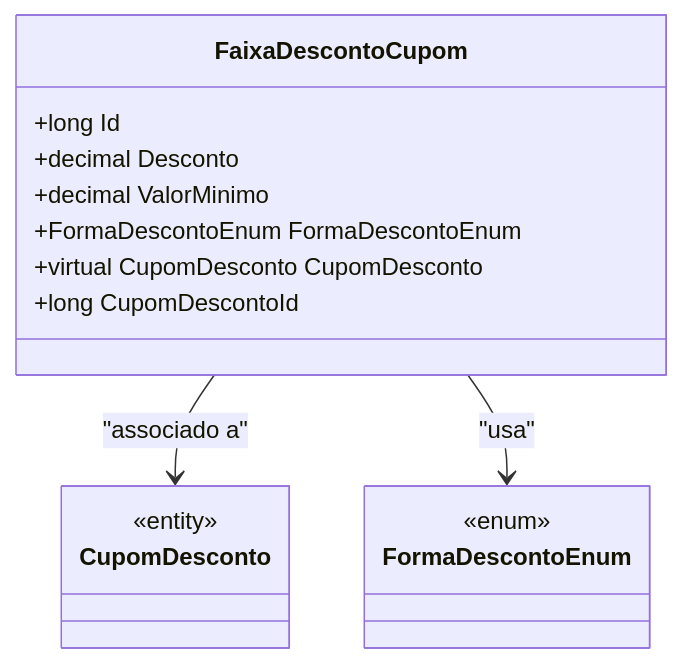
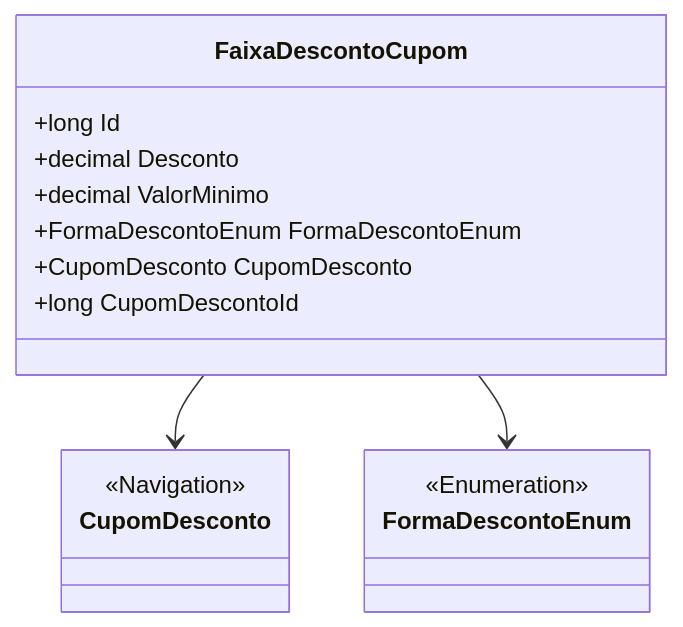
The second of 2 diagrams in docs/b2b-dominio/IsthmusWinthor.Nucleo/IsthmusWinthor.Dominio/Entidades/FaixaDescontoCupom.md (IsthmusSistemas/documentacao-tecnica), drawn with Mermaid before and after one commit. The commit also changed other lines of this file and 882 other files, not shown here.

````diff
--- a/docs/b2b-dominio/IsthmusWinthor.Nucleo/IsthmusWinthor.Dominio/Entidades/FaixaDescontoCupom.md
+++ b/docs/b2b-dominio/IsthmusWinthor.Nucleo/IsthmusWinthor.Dominio/Entidades/FaixaDescontoCupom.md
@@ -22,22 +50,22 @@
 ```mermaid
 classDiagram
     class FaixaDescontoCupom {
         +long Id
         +decimal Desconto
         +decimal ValorMinimo
         +FormaDescontoEnum FormaDescontoEnum
-        +virtual CupomDesconto CupomDesconto
+        +CupomDesconto CupomDesconto
         +long CupomDescontoId
     }
-    
+
     class CupomDesconto {
-        <<entity>>
+        <<Navigation>>
     }
-    
+
     class FormaDescontoEnum {
-        <<enum>>
+        <<Enumeration>>
     }
-    
-    FaixaDescontoCupom --> CupomDesconto : "associado a"
-    FaixaDescontoCupom --> FormaDescontoEnum : "usa"
+
+    FaixaDescontoCupom --> CupomDesconto
+    FaixaDescontoCupom --> FormaDescontoEnum
 ```
````
